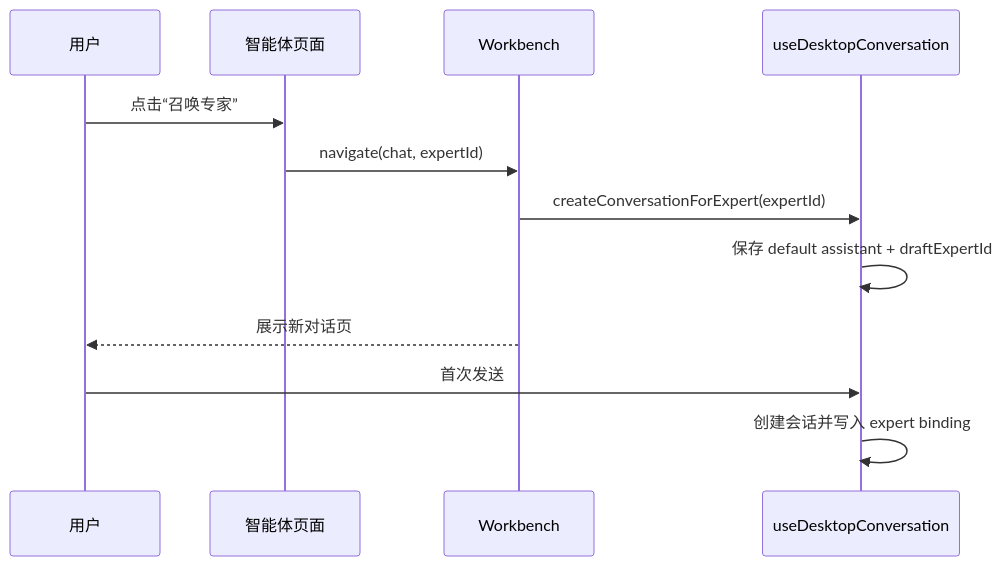
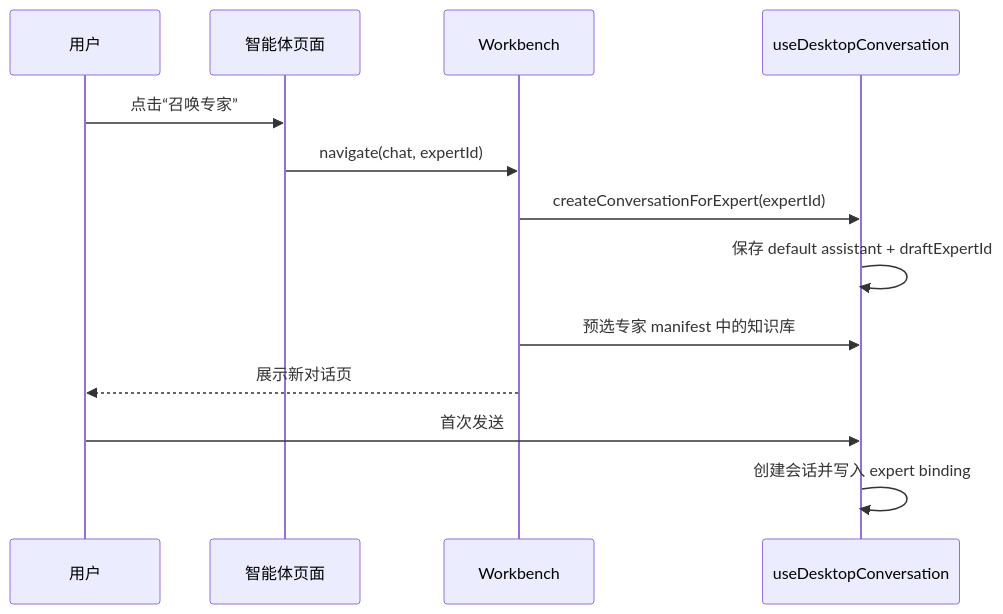
One commit to Hry1729/Fox-Agent changed the second of 2 diagrams in docs/03-产品与前端/智能体体验.md. Above: the diagram before and after it, drawn with Mermaid. The commit also changed other lines of this file and 37 other files, not shown here.

````diff
--- a/docs/03-产品与前端/智能体体验.md
+++ b/docs/03-产品与前端/智能体体验.md
@@ -107,15 +114,16 @@
 ```mermaid
 sequenceDiagram
   participant User as 用户
   participant List as 智能体页面
   participant Workbench as Workbench
   participant Conversation as useDesktopConversation
 
   User->>List: 点击“召唤专家”
   List->>Workbench: navigate(chat, expertId)
   Workbench->>Conversation: createConversationForExpert(expertId)
   Conversation->>Conversation: 保存 default assistant + draftExpertId
+  Workbench->>Conversation: 预选专家 manifest 中的知识库
   Workbench-->>User: 展示新对话页
   User->>Conversation: 首次发送
   Conversation->>Conversation: 创建会话并写入 expert binding
 ```
````
